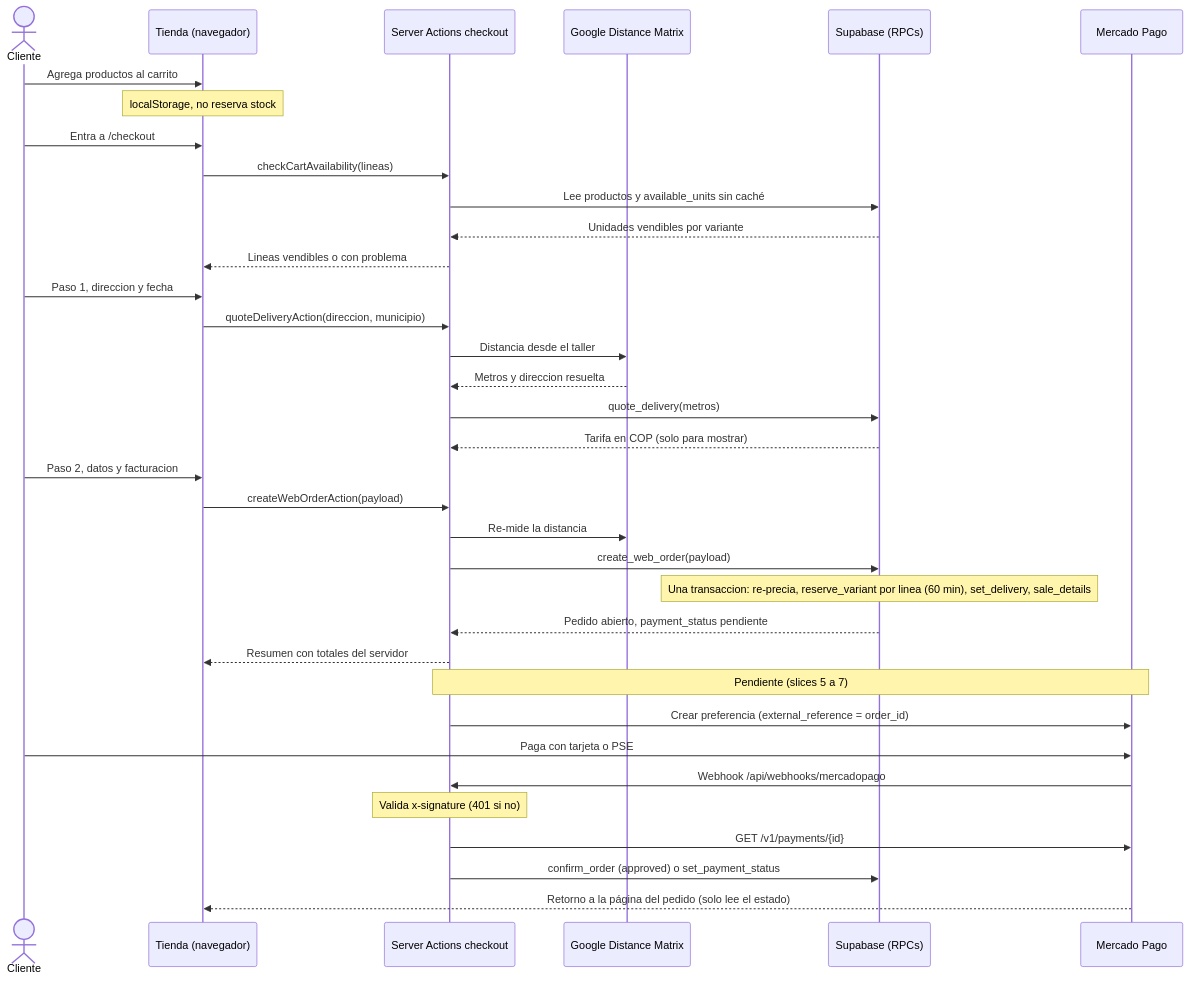
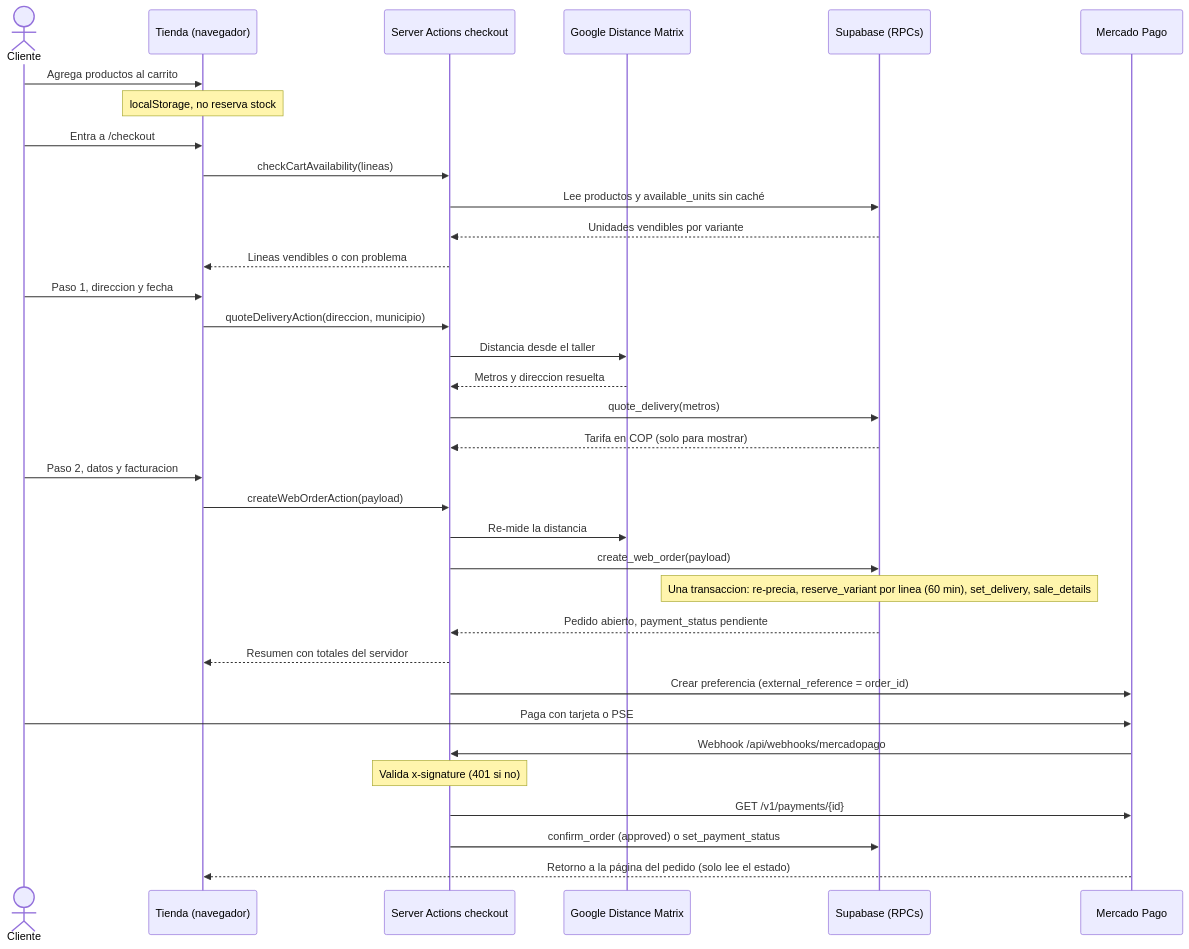
The second of 2 diagrams in README.md (crisalidas-dev/ecommerce-crisalidas-y-mariposas), drawn with Mermaid before and after one commit. The commit also changed other lines of this file and 15 other files, not shown here.

````diff
--- a/README.md
+++ b/README.md
@@ -281,38 +285,37 @@
 ```mermaid
 sequenceDiagram
     actor Cliente
     participant Tienda as Tienda (navegador)
     participant SA as Server Actions checkout
     participant G as Google Distance Matrix
     participant DB as Supabase (RPCs)
     participant MP as Mercado Pago
 
     Cliente->>Tienda: Agrega productos al carrito
     Note over Tienda: localStorage, no reserva stock
     Cliente->>Tienda: Entra a /checkout
     Tienda->>SA: checkCartAvailability(lineas)
     SA->>DB: Lee productos y available_units sin caché
     DB-->>SA: Unidades vendibles por variante
     SA-->>Tienda: Lineas vendibles o con problema
     Cliente->>Tienda: Paso 1, direccion y fecha
     Tienda->>SA: quoteDeliveryAction(direccion, municipio)
     SA->>G: Distancia desde el taller
     G-->>SA: Metros y direccion resuelta
     SA->>DB: quote_delivery(metros)
     DB-->>SA: Tarifa en COP (solo para mostrar)
     Cliente->>Tienda: Paso 2, datos y facturacion
     Tienda->>SA: createWebOrderAction(payload)
     SA->>G: Re-mide la distancia
     SA->>DB: create_web_order(payload)
     Note over DB: Una transaccion: re-precia, reserve_variant por linea (60 min), set_delivery, sale_details
     DB-->>SA: Pedido abierto, payment_status pendiente
     SA-->>Tienda: Resumen con totales del servidor
-    Note over SA,MP: Pendiente (slices 5 a 7)
     SA->>MP: Crear preferencia (external_reference = order_id)
     Cliente->>MP: Paga con tarjeta o PSE
     MP->>SA: Webhook /api/webhooks/mercadopago
     Note over SA: Valida x-signature (401 si no)
     SA->>MP: GET /v1/payments/{id}
     SA->>DB: confirm_order (approved) o set_payment_status
     MP-->>Tienda: Retorno a la página del pedido (solo lee el estado)
 ```
````
